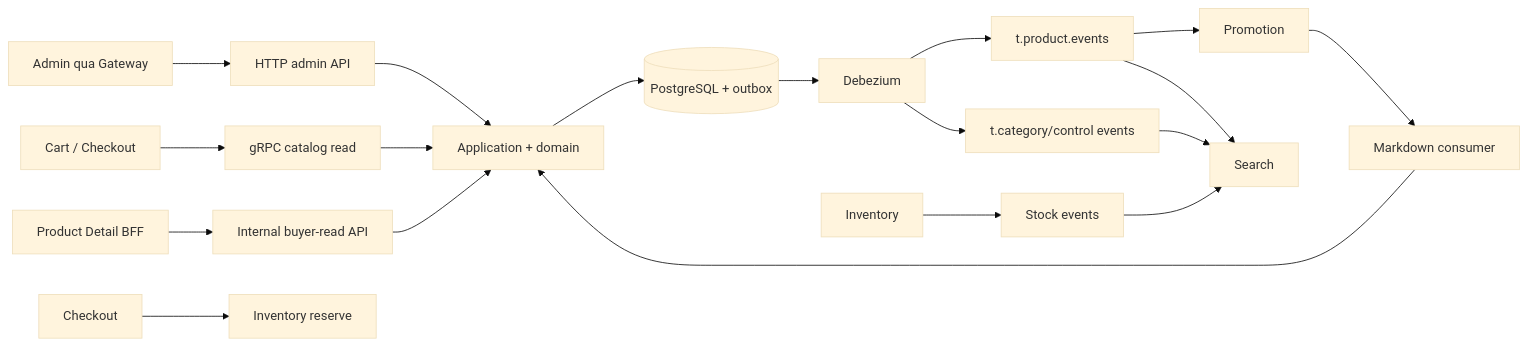
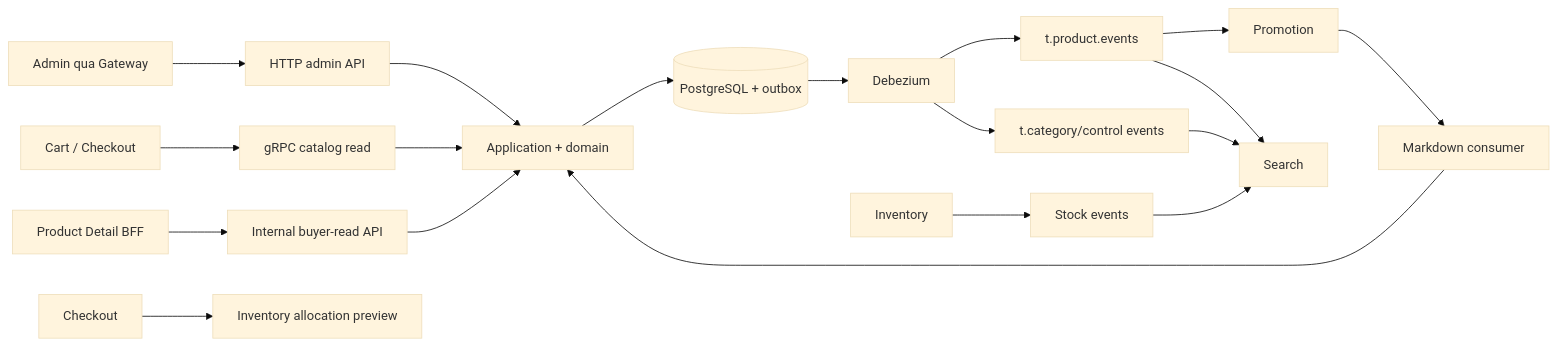
The diagram in docs/product/architecture.md (quangdung2110/e-commerce-microservices), drawn with Mermaid (base theme) before and after one commit. The commit also changed 38 other files, not shown here.

First line of the commit message:
docs(architecture): align Checkout boundaries and gateway routing

````diff
--- a/docs/product/architecture.md
+++ b/docs/product/architecture.md
@@ -14,21 +14,21 @@
 ```mermaid
 flowchart LR
   ADMIN[Admin qua Gateway] --> HTTP[HTTP admin API]
   CART[Cart / Checkout] --> GRPC[gRPC catalog read]
   PDP[Product Detail BFF] --> PDR[Internal buyer-read API]
   PROMOTION[Promotion] --> MK[Markdown consumer]
   HTTP --> APP[Application + domain]
   GRPC --> APP
   PDR --> APP
   MK --> APP
   APP --> PG[(PostgreSQL + outbox)]
   PG --> DBZ[Debezium]
   DBZ --> PE[t.product.events]
   DBZ --> CE[t.category/control events]
   PE --> SEARCH[Search]
   PE --> PROMOTION
   CE --> SEARCH
   INVENTORY[Inventory] --> IE[Stock events]
   IE --> SEARCH
-  CHECKOUT[Checkout] --> RESERVE[Inventory reserve]
+  CHECKOUT[Checkout] --> PREVIEW[Inventory allocation preview]
 ```
````
